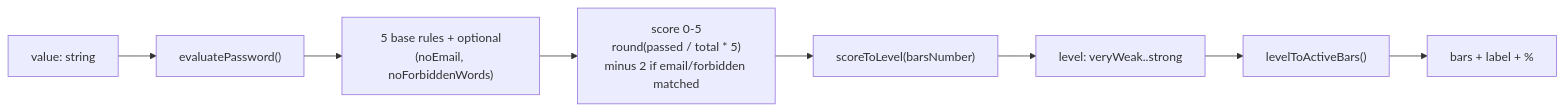
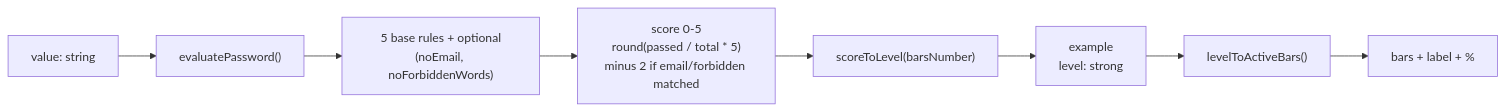
Before and after one commit to SamuelPrigent/pass-strength-indicator: the diagram in README.md, drawn with Mermaid.

````diff
--- a/README.md
+++ b/README.md
@@ -220,10 +220,10 @@
 ```mermaid
 flowchart LR
     A["value: string"] --> B["evaluatePassword()"]
     B --> C["5 base rules + optional<br/>(noEmail, noForbiddenWords)"]
     C --> D["score 0-5<br/>round(passed / total * 5)<br/>minus 2 if email/forbidden matched"]
     D --> E["scoreToLevel(barsNumber)"]
-    E --> F["level: veryWeak..strong"]
+    E --> F["example<br/>level: strong"]
     F --> G["levelToActiveBars()"]
     G --> H["bars + label + %"]
 ```
````
